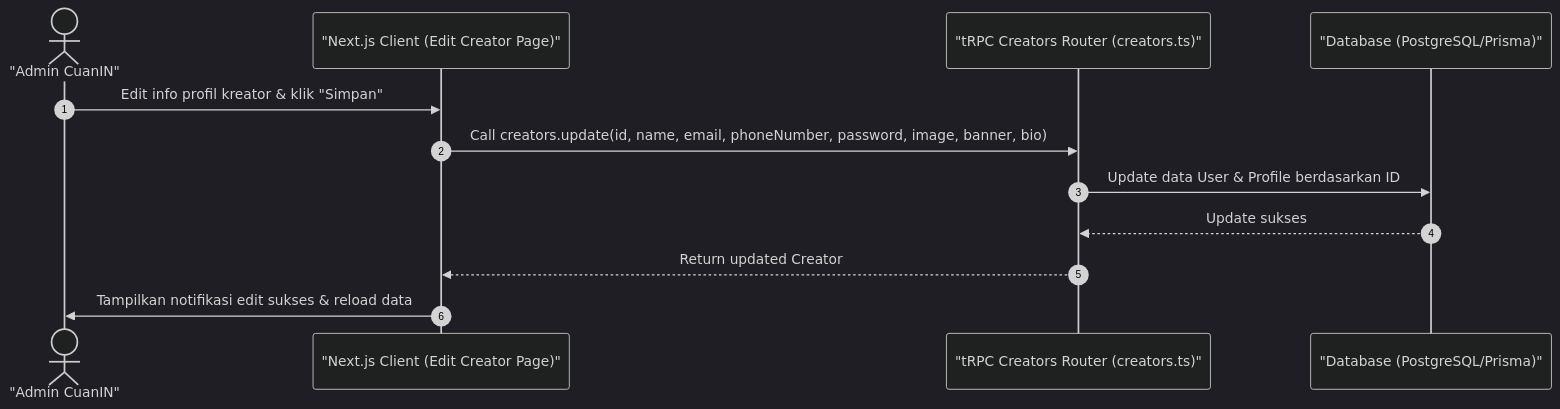
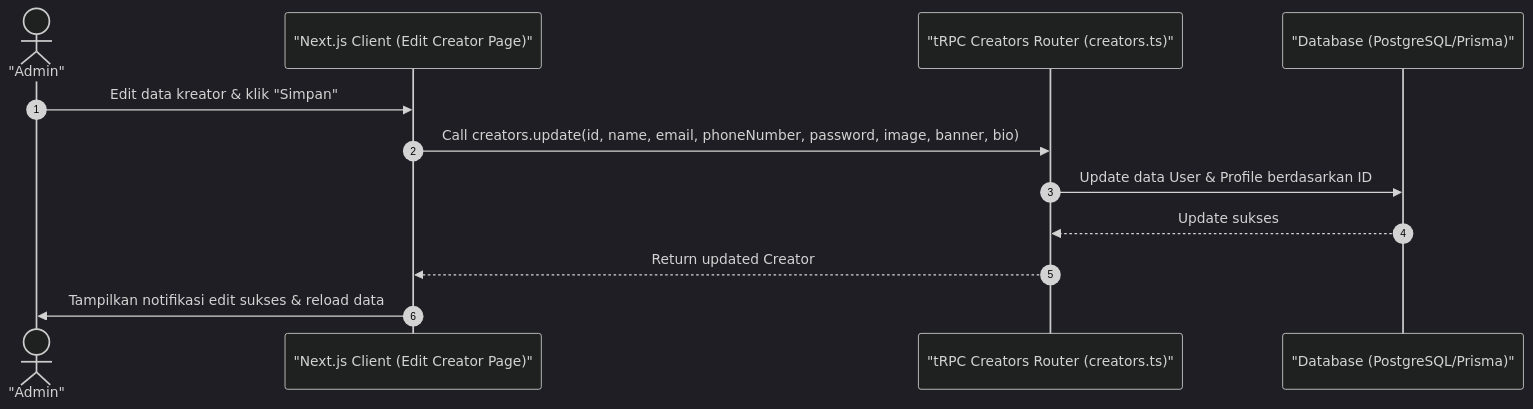
One commit to luputer/CuanIN changed the diagram in docs/04-admin-kreator-edit.md. Above: the diagram before and after it, drawn with Mermaid (dark theme). The commit also changed 53 other files, not shown here.

````diff
--- a/docs/04-admin-kreator-edit.md
+++ b/docs/04-admin-kreator-edit.md
@@ -5,16 +5,16 @@
 ```mermaid
 sequenceDiagram
     autonumber
-    actor Admin as "Admin CuanIN"
+    actor Admin as "Admin"
     participant Client as "Next.js Client (Edit Creator Page)"
     participant Server as "tRPC Creators Router (creators.ts)"
     participant DB as "Database (PostgreSQL/Prisma)"
 
-    Admin->>Client: Edit info profil kreator & klik "Simpan"
+    Admin->>Client: Edit data kreator & klik "Simpan"
     Client->>Server: Call creators.update(id, name, email, phoneNumber, password, image, banner, bio)
     Server->>DB: Update data User & Profile berdasarkan ID
     DB-->>Server: Update sukses
     Server-->>Client: Return updated Creator
     Client->>Admin: Tampilkan notifikasi edit sukses & reload data
 
 ```
````
